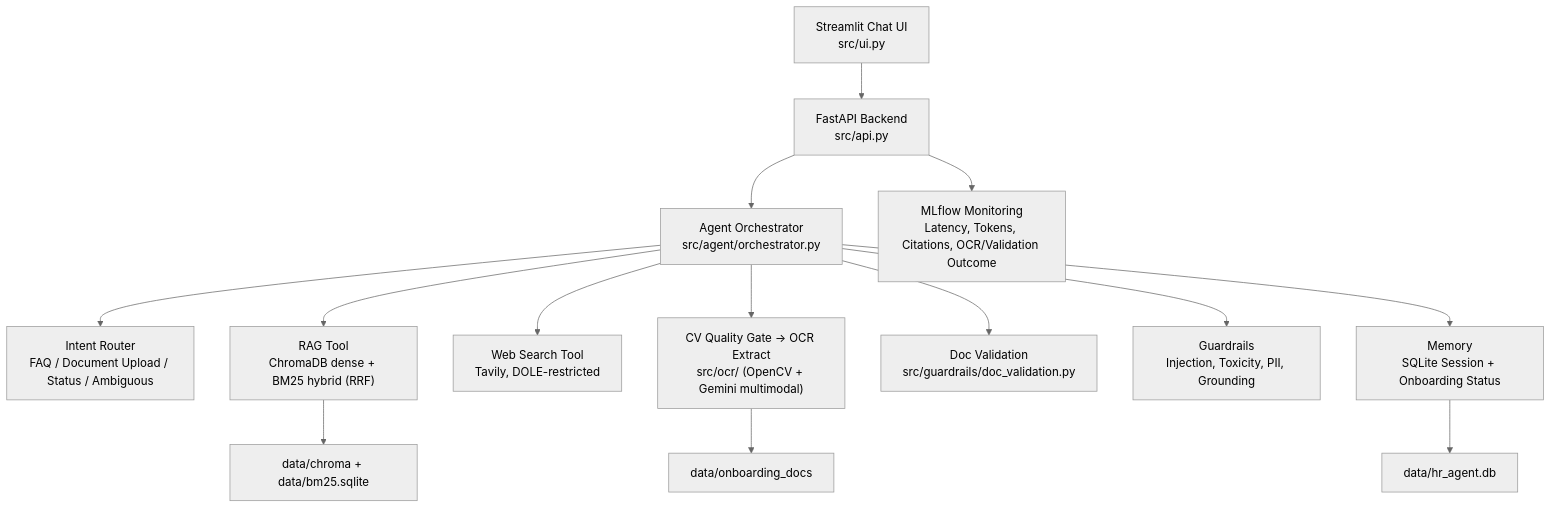
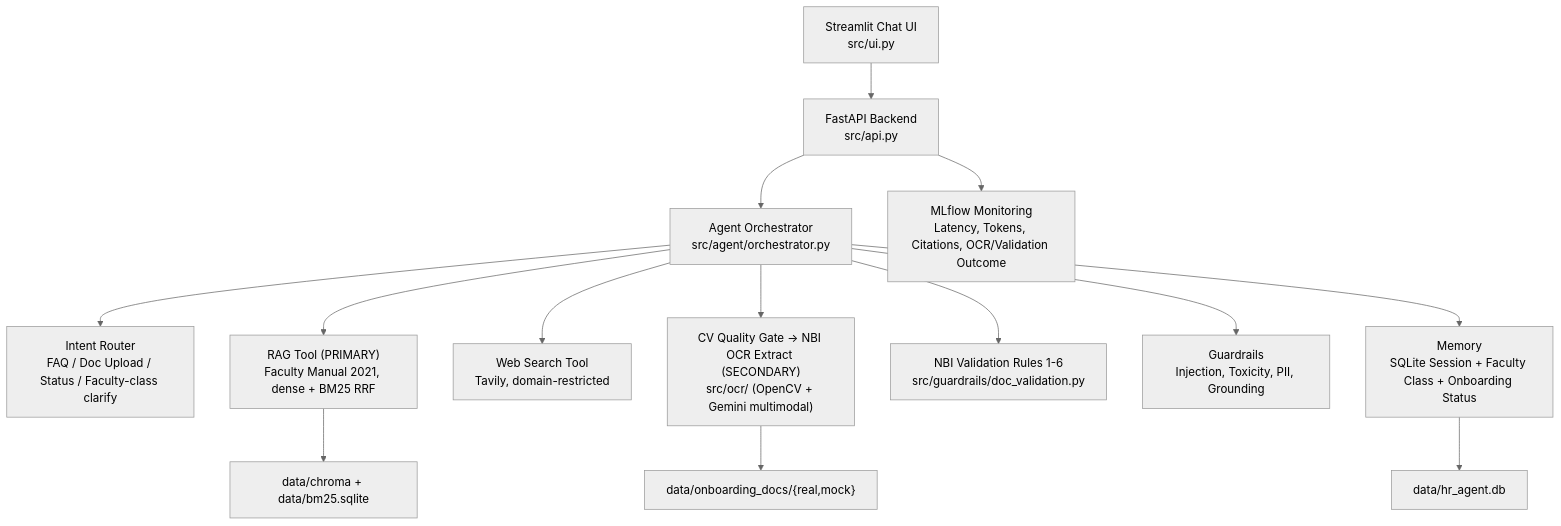
One commit to tonyyyy0304/stai-capstone changed the diagram in README.md. Above: the diagram before and after it, drawn with Mermaid (neutral theme). The commit also changed other lines of this file and 16 other files, not shown here.

Commit message:
feat: changed plan and scope to reflect new project direction; added faculty manual to data folder

````diff
--- a/README.md
+++ b/README.md
@@ -27,16 +42,16 @@
 ```mermaid
 flowchart TD
     UI["Streamlit Chat UI<br/>src/ui.py"] --> API["FastAPI Backend<br/>src/api.py"]
     API --> Agent["Agent Orchestrator<br/>src/agent/orchestrator.py"]
-    Agent --> Router["Intent Router<br/>FAQ / Document Upload / Status / Ambiguous"]
-    Agent --> RAG["RAG Tool<br/>ChromaDB dense + BM25 hybrid (RRF)"]
-    Agent --> Web["Web Search Tool<br/>Tavily, DOLE-restricted"]
-    Agent --> CV["CV Quality Gate -> OCR Extract<br/>src/ocr/ (OpenCV + Gemini multimodal)"]
-    Agent --> Validate["Doc Validation<br/>src/guardrails/doc_validation.py"]
+    Agent --> Router["Intent Router<br/>FAQ / Doc Upload / Status / Faculty-class clarify"]
+    Agent --> RAG["RAG Tool (PRIMARY)<br/>Faculty Manual 2021, dense + BM25 RRF"]
+    Agent --> Web["Web Search Tool<br/>Tavily, domain-restricted"]
+    Agent --> CV["CV Quality Gate -> NBI OCR Extract (SECONDARY)<br/>src/ocr/ (OpenCV + Gemini multimodal)"]
+    Agent --> Validate["NBI Validation Rules 1-6<br/>src/guardrails/doc_validation.py"]
     Agent --> Guardrails["Guardrails<br/>Injection, Toxicity, PII, Grounding"]
-    Agent --> Memory["Memory<br/>SQLite Session + Onboarding Status"]
+    Agent --> Memory["Memory<br/>SQLite Session + Faculty Class + Onboarding Status"]
     API --> MLflow["MLflow Monitoring<br/>Latency, Tokens, Citations, OCR/Validation Outcome"]
     RAG --> Chroma["data/chroma + data/bm25.sqlite"]
-    CV --> OnboardingDocs["data/onboarding_docs"]
+    CV --> OnboardingDocs["data/onboarding_docs/{real,mock}"]
     Memory --> SQLite["data/hr_agent.db"]
 ```
````
